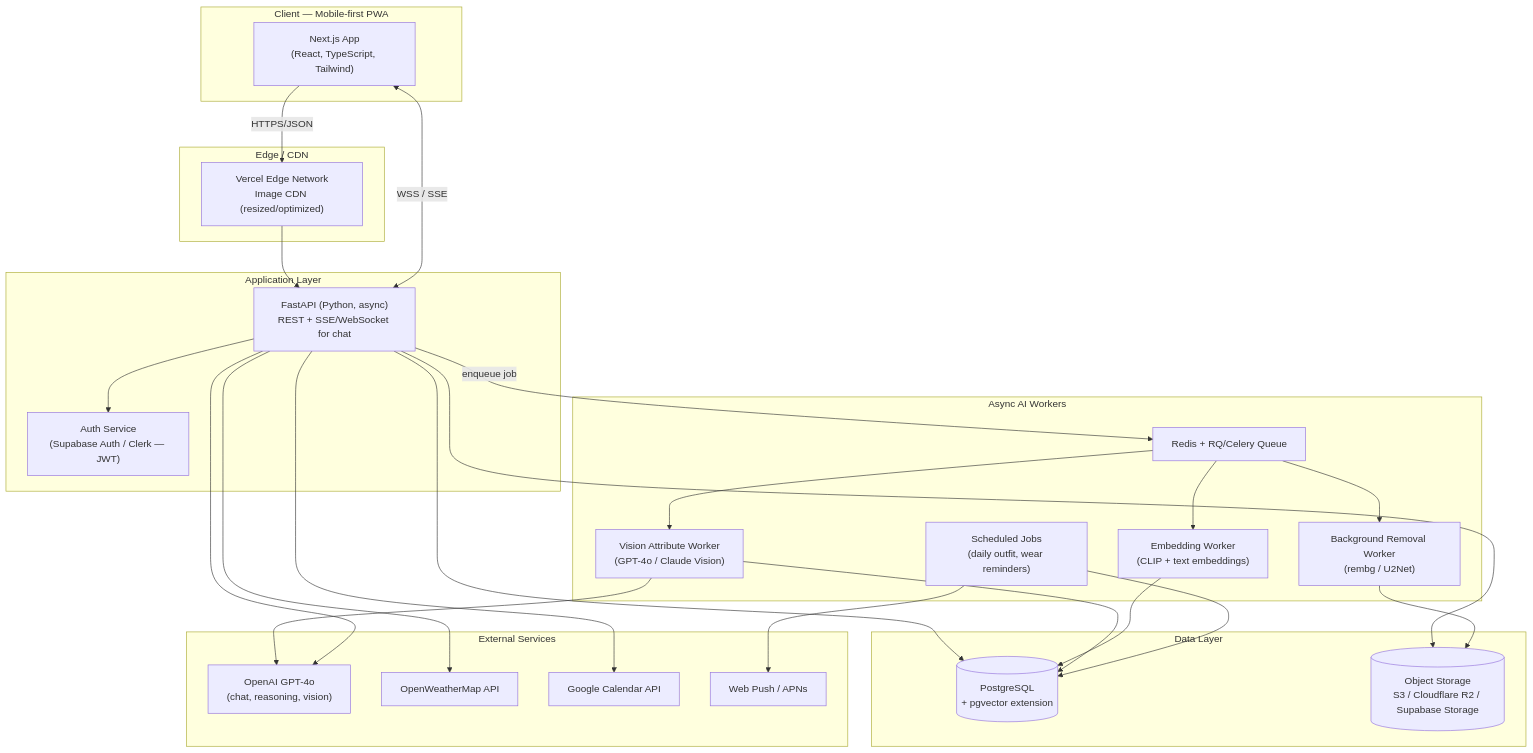
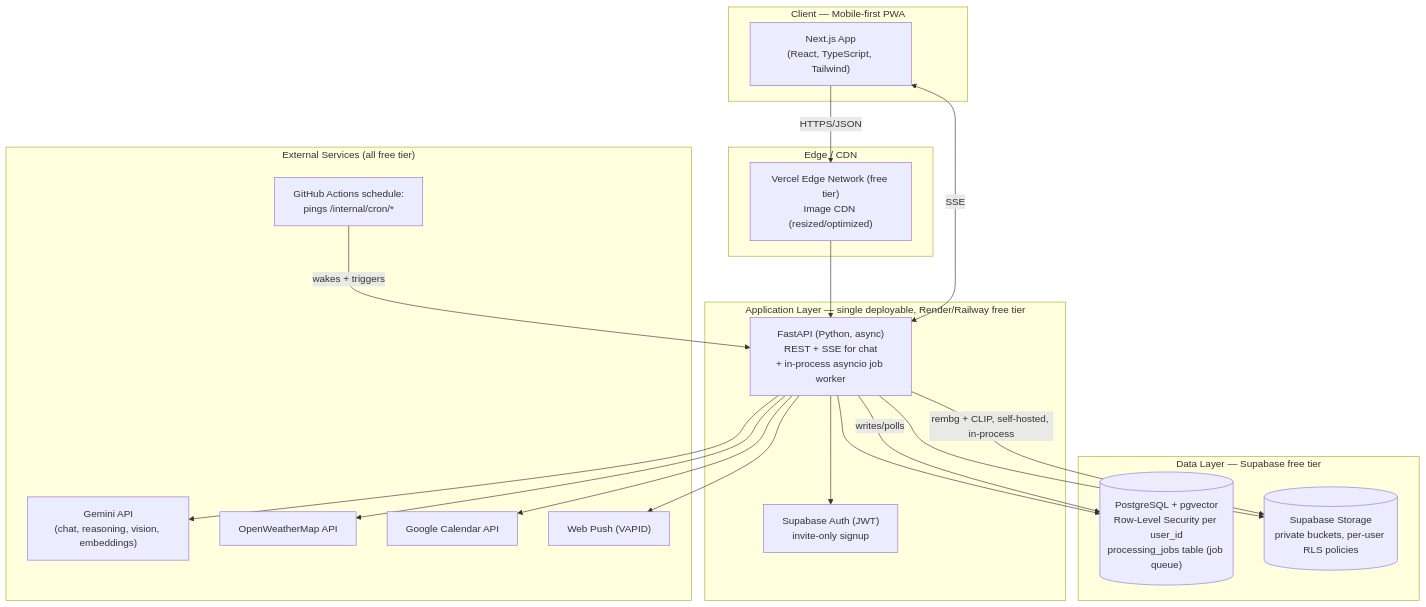
Before and after one commit to vinayakpathak03/everydayjustyou: the first of 5 diagrams in docs/architecture/system-architecture.md, drawn with Mermaid. The commit also changed other lines of this file and 7 other files, not shown here.

````diff
--- a/docs/architecture/system-architecture.md
+++ b/docs/architecture/system-architecture.md
@@ -5,51 +7,41 @@
 ```mermaid
 flowchart TB
     subgraph Client["Client — Mobile-first PWA"]
         Web["Next.js App<br/>(React, TypeScript, Tailwind)"]
     end
 
     subgraph Edge["Edge / CDN"]
-        CDN["Vercel Edge Network<br/>Image CDN (resized/optimized)"]
+        CDN["Vercel Edge Network (free tier)<br/>Image CDN (resized/optimized)"]
     end
 
-    subgraph API["Application Layer"]
-        FastAPI["FastAPI (Python, async)<br/>REST + SSE/WebSocket for chat"]
-        Auth["Auth Service<br/>(Supabase Auth / Clerk — JWT)"]
+    subgraph API["Application Layer — single deployable, Render/Railway free tier"]
+        FastAPI["FastAPI (Python, async)<br/>REST + SSE for chat<br/>+ in-process asyncio job worker"]
+        Auth["Supabase Auth (JWT)<br/>invite-only signup"]
     end
 
-    subgraph Workers["Async AI Workers"]
-        Queue["Redis + RQ/Celery Queue"]
-        BGRemoval["Background Removal Worker<br/>(rembg / U2Net)"]
-        VisionWorker["Vision Attribute Worker<br/>(GPT-4o / Claude Vision)"]
-        EmbedWorker["Embedding Worker<br/>(CLIP + text embeddings)"]
-        NotifyWorker["Scheduled Jobs<br/>(daily outfit, wear reminders)"]
+    subgraph Data["Data Layer — Supabase free tier"]
+        Postgres[("PostgreSQL + pgvector<br/>Row-Level Security per user_id<br/>processing_jobs table (job queue)")]
+        ObjectStore[("Supabase Storage<br/>private buckets, per-user RLS policies")]
     end
 
-    subgraph Data["Data Layer"]
-        Postgres[("PostgreSQL<br/>+ pgvector extension")]
-        ObjectStore[("Object Storage<br/>S3 / Cloudflare R2 / Supabase Storage")]
-    end
-
-    subgraph External["External Services"]
-        OpenAI["OpenAI GPT-4o<br/>(chat, reasoning, vision)"]
+    subgraph External["External Services (all free tier)"]
+        Gemini["Gemini API<br/>(chat, reasoning, vision, embeddings)"]
         Weather["OpenWeatherMap API"]
         Calendar["Google Calendar API"]
-        Push["Web Push / APNs"]
+        Push["Web Push (VAPID)"]
+        Cron["GitHub Actions schedule:<br/>pings /internal/cron/*"]
     end
 
     Web -->|HTTPS/JSON| CDN --> FastAPI
-    Web <-->|WSS / SSE| FastAPI
+    Web <-->|SSE| FastAPI
     FastAPI --> Auth
     FastAPI --> Postgres
     FastAPI --> ObjectStore
-    FastAPI -->|enqueue job| Queue
-    Queue --> BGRemoval --> ObjectStore
-    Queue --> VisionWorker --> OpenAI
-    VisionWorker --> Postgres
-    Queue --> EmbedWorker --> Postgres
-    NotifyWorker --> Postgres
-    NotifyWorker --> Push
+    FastAPI -->|rembg + CLIP, self-hosted, in-process| ObjectStore
+    FastAPI -->|writes/polls| Postgres
     FastAPI --> Weather
     FastAPI --> Calendar
-    FastAPI --> OpenAI
+    FastAPI --> Gemini
+    FastAPI --> Push
+    Cron -->|wakes + triggers| FastAPI
 ```
````
